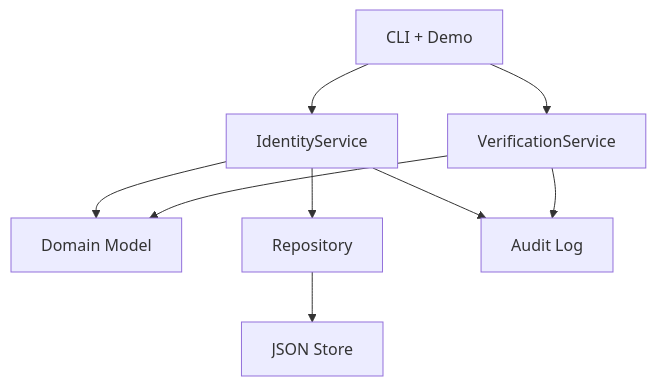
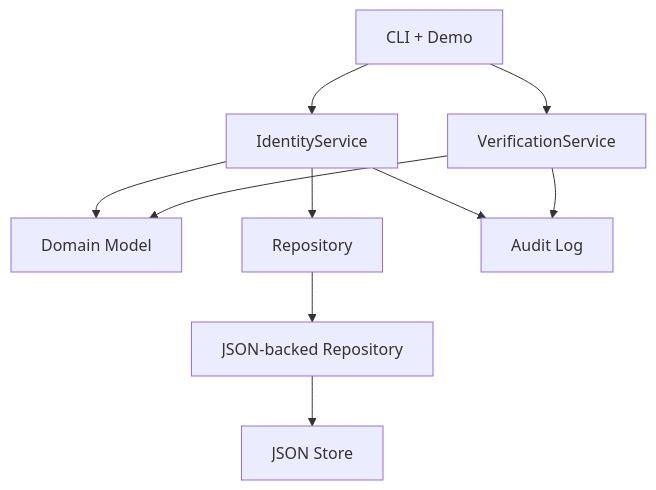
The diagram in README.md (Shrey-Jaiswal/Python-Individual-Coursework), drawn with Mermaid before and after one commit. The commit also changed other lines of this file and 4 other files, not shown here.

````diff
--- a/README.md
+++ b/README.md
@@ -62,11 +74,12 @@
 ```mermaid
 graph TD
 	CLI[CLI + Demo] --> IdentitySvc[IdentityService]
 	CLI --> VerifySvc[VerificationService]
 	IdentitySvc --> Domain[Domain Model]
 	VerifySvc --> Domain
 	IdentitySvc --> Repo[Repository]
-	Repo --> JsonStore[JSON Store]
+	Repo --> JsonRepo[JSON-backed Repository]
+	JsonRepo --> JsonStore[JSON Store]
 	IdentitySvc --> Audit[Audit Log]
 	VerifySvc --> Audit
 ```
````
